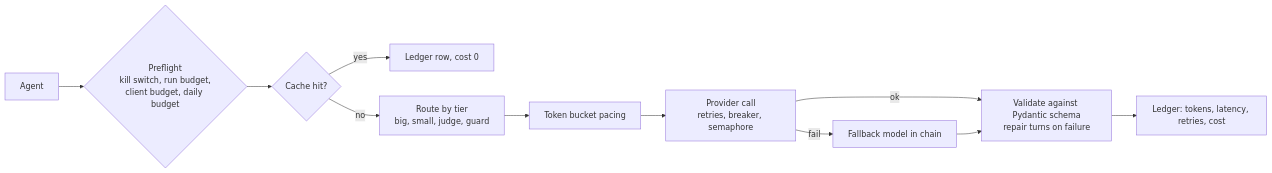
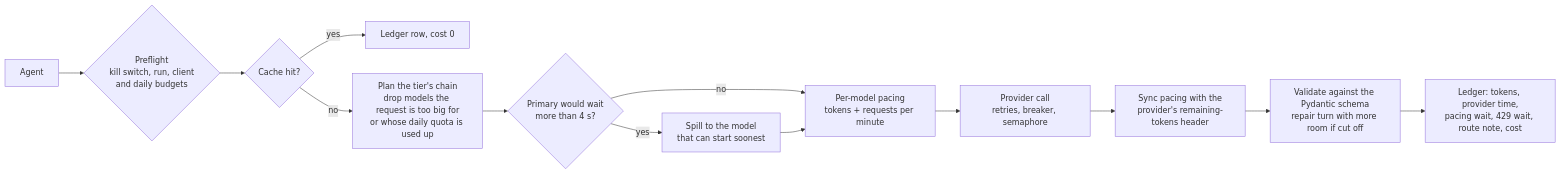
One commit to lokeshsuryawanshi/growthOS changed the third of 3 diagrams in docs/ARCHITECTURE.md. Above: the diagram before and after it, drawn with Mermaid. The commit also changed other lines of this file, not shown here.

Commit message:
ARCHITECTURE.md: current workflows, routing tiers, research loop, RBAC, ledgers

````diff
--- a/docs/ARCHITECTURE.md
+++ b/docs/ARCHITECTURE.md
@@ -66,13 +72,15 @@
 ```mermaid
 flowchart LR
-  A[Agent] --> P1{Preflight<br/>kill switch, run budget,<br/>client budget, daily budget}
+  A[Agent] --> P1{Preflight<br/>kill switch, run, client<br/>and daily budgets}
   P1 --> C{Cache hit?}
   C -- yes --> L[Ledger row, cost 0]
-  C -- no --> R[Route by tier<br/>big, small, judge, guard]
-  R --> B[Token bucket pacing]
+  C -- no --> R[Plan the tier's chain<br/>drop models the request is too big for<br/>or whose daily quota is used up]
+  R --> SP{Primary would wait<br/>more than 4 s?}
+  SP -- yes --> SW[Spill to the model<br/>that can start soonest]
+  SP -- no --> B
+  SW --> B[Per-model pacing<br/>tokens + requests per minute]
   B --> Q[Provider call<br/>retries, breaker, semaphore]
-  Q -- fail --> F[Fallback model in chain]
-  Q -- ok --> V[Validate against Pydantic schema<br/>repair turns on failure]
-  F --> V
-  V --> L2[Ledger: tokens, latency, retries, cost]
+  Q --> H[Sync pacing with the<br/>provider's remaining-tokens header]
+  H --> V[Validate against the Pydantic schema<br/>repair turn with more room if cut off]
+  V --> L2[Ledger: tokens, provider time,<br/>pacing wait, 429 wait, route note, cost]
 ```
````
